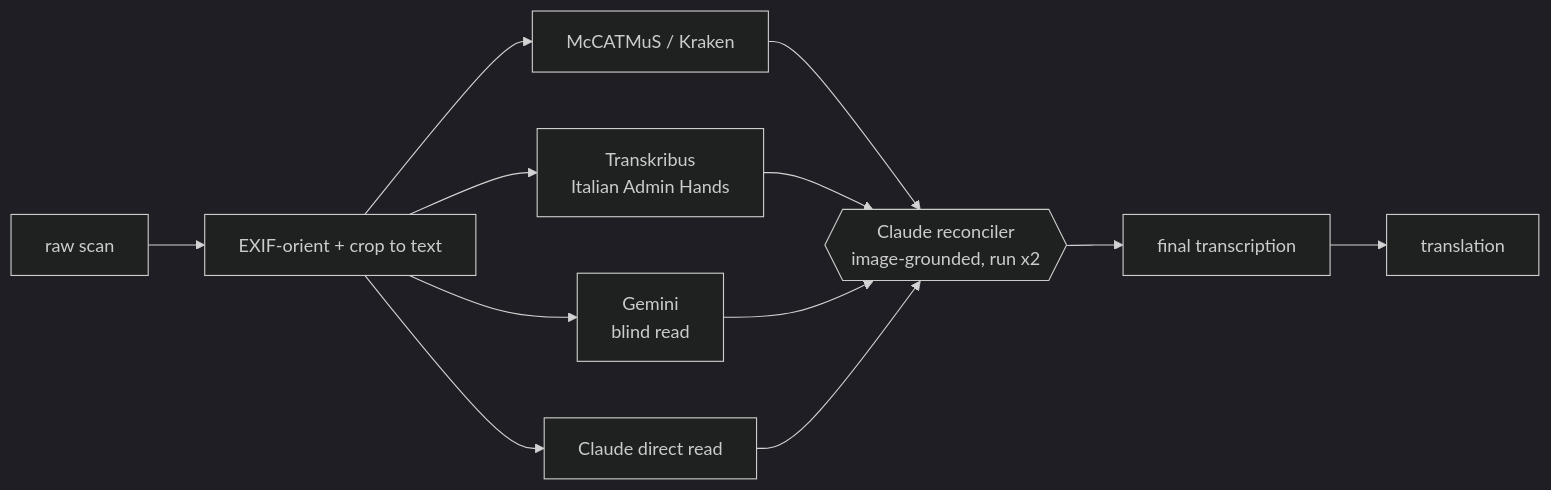
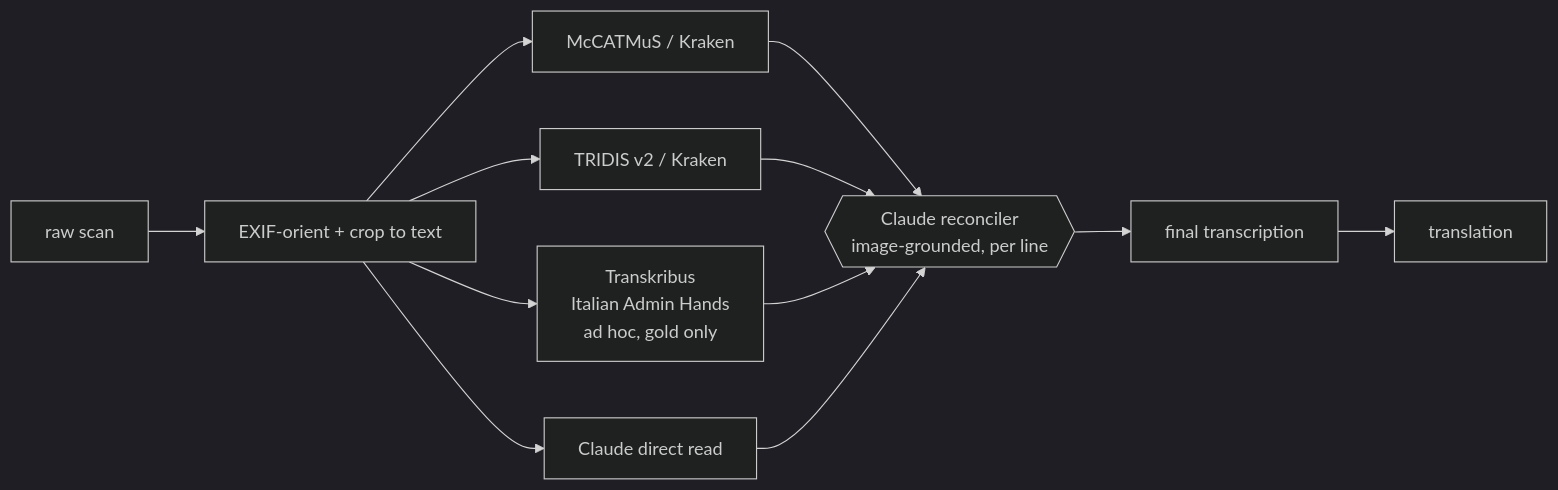
Before and after one commit to brokenlander/diocesan-htr: the diagram in README.md, drawn with Mermaid (dark theme). The commit also changed other lines of this file and 236 other files, not shown here.

````diff
--- a/README.md
+++ b/README.md
@@ -45,14 +45,14 @@
 ```mermaid
 flowchart LR
     A[raw scan] --> B[EXIF-orient + crop to text]
     B --> C[McCATMuS / Kraken]
-    B --> D[Transkribus<br/>Italian Admin Hands]
-    B --> E[Gemini<br/>blind read]
+    B --> D[TRIDIS v2 / Kraken]
+    B --> E[Transkribus<br/>Italian Admin Hands<br/>ad hoc, gold only]
     B --> F[Claude direct read]
-    C --> G{{Claude reconciler<br/>image-grounded, run x2}}
+    C --> G{{Claude reconciler<br/>image-grounded, per line}}
     D --> G
     E --> G
     F --> G
     G --> H[final transcription]
     H --> I[translation]
 ```
````
